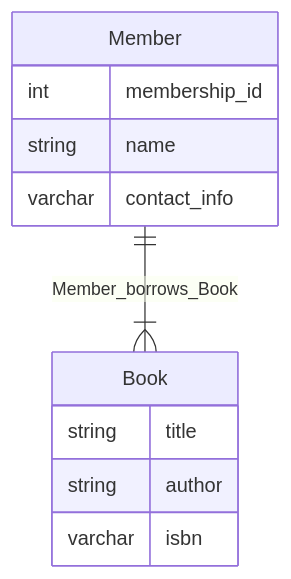
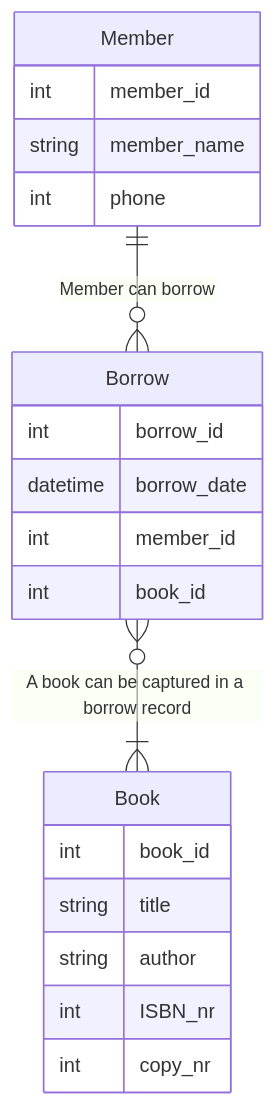
One commit to JohnnyHyytiainen/data_modeling_DE25_johnny_hyytiainen changed the diagram in exercises/exercise_00/exercise_0_question_0c.mmd. Above: the diagram before and after it, drawn with Mermaid. The commit also changed 2 other files, not shown here.

```diff
--- a/exercises/exercise_00/exercise_0_question_0c.mmd
+++ b/exercises/exercise_00/exercise_0_question_0c.mmd
@@ -1,14 +1,25 @@
 erDiagram
     Member {
-        int membership_id
-        string name
-        varchar contact_info
+        int member_id
+        string member_name
+        int phone
+    }
+
+    Borrow {
+        int borrow_id
+        datetime borrow_date
+        int member_id
+        int book_id
+
     }
 
     Book {
+        int book_id
         string title
         string author
-        varchar isbn
+        int ISBN_nr
+        int copy_nr
     }
 
-    Member ||--|{ Book : Member_borrows_Book
+    Member ||--o{ Borrow : "Member can borrow"
+    Borrow }o--|{ Book : "A book can be captured in a borrow record"
```
